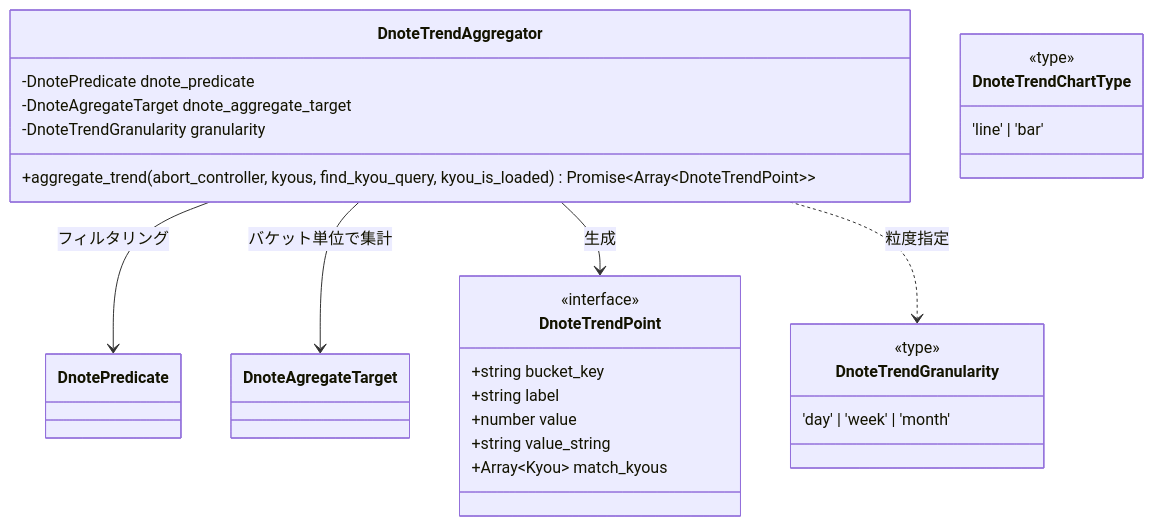
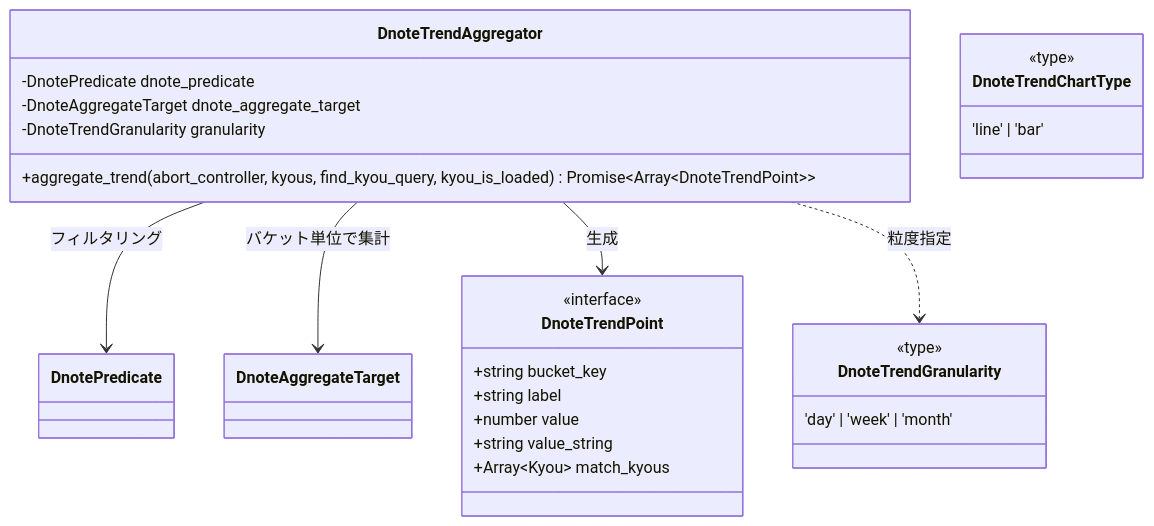
The seventh of 7 diagrams in documents/reverse/class-diagrams.md (mt3hr/gkill), drawn with Mermaid before and after one commit. The commit also changed other lines of this file and 57 other files, not shown here.

First line of the commit message:
Fix agregate を aggregate に改名し旧綴りは読み込み互換を残す

````diff
--- a/documents/reverse/class-diagrams.md
+++ b/documents/reverse/class-diagrams.md
@@ -847,33 +847,33 @@
 ```mermaid
 classDiagram
     class DnoteTrendAggregator {
         -DnotePredicate dnote_predicate
-        -DnoteAgregateTarget dnote_aggregate_target
+        -DnoteAggregateTarget dnote_aggregate_target
         -DnoteTrendGranularity granularity
         +aggregate_trend(abort_controller, kyous, find_kyou_query, kyou_is_loaded) Promise~Array~DnoteTrendPoint~~
     }
 
     class DnoteTrendPoint {
         <<interface>>
         +string bucket_key
         +string label
         +number value
         +string value_string
         +Array~Kyou~ match_kyous
     }
 
     class DnoteTrendGranularity {
         <<type>>
         'day' | 'week' | 'month'
     }
 
     class DnoteTrendChartType {
         <<type>>
         'line' | 'bar'
     }
 
     DnoteTrendAggregator --> DnotePredicate : フィルタリング
-    DnoteTrendAggregator --> DnoteAgregateTarget : バケット単位で集計
+    DnoteTrendAggregator --> DnoteAggregateTarget : バケット単位で集計
     DnoteTrendAggregator --> DnoteTrendPoint : 生成
     DnoteTrendAggregator ..> DnoteTrendGranularity : 粒度指定
 ```
````
